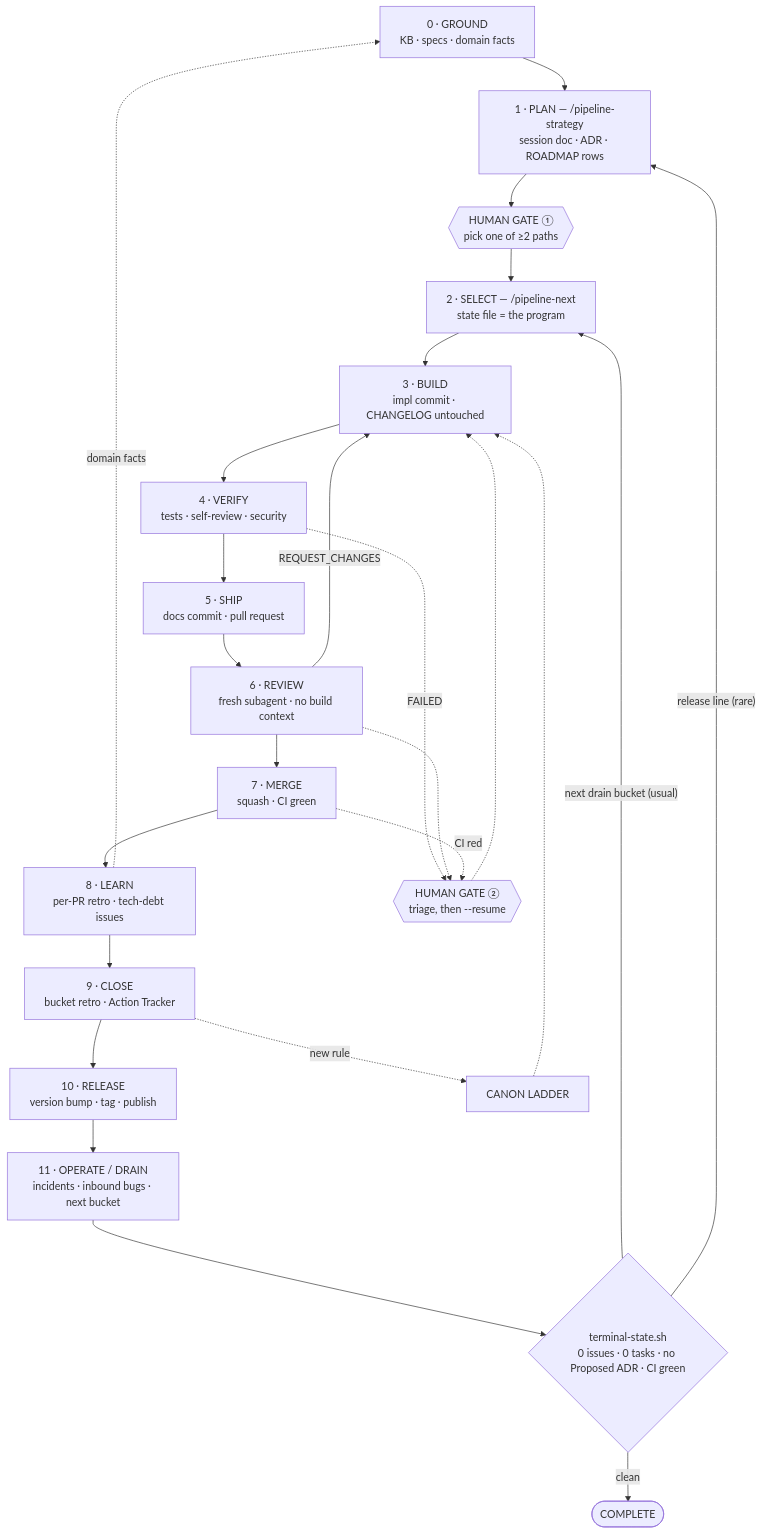
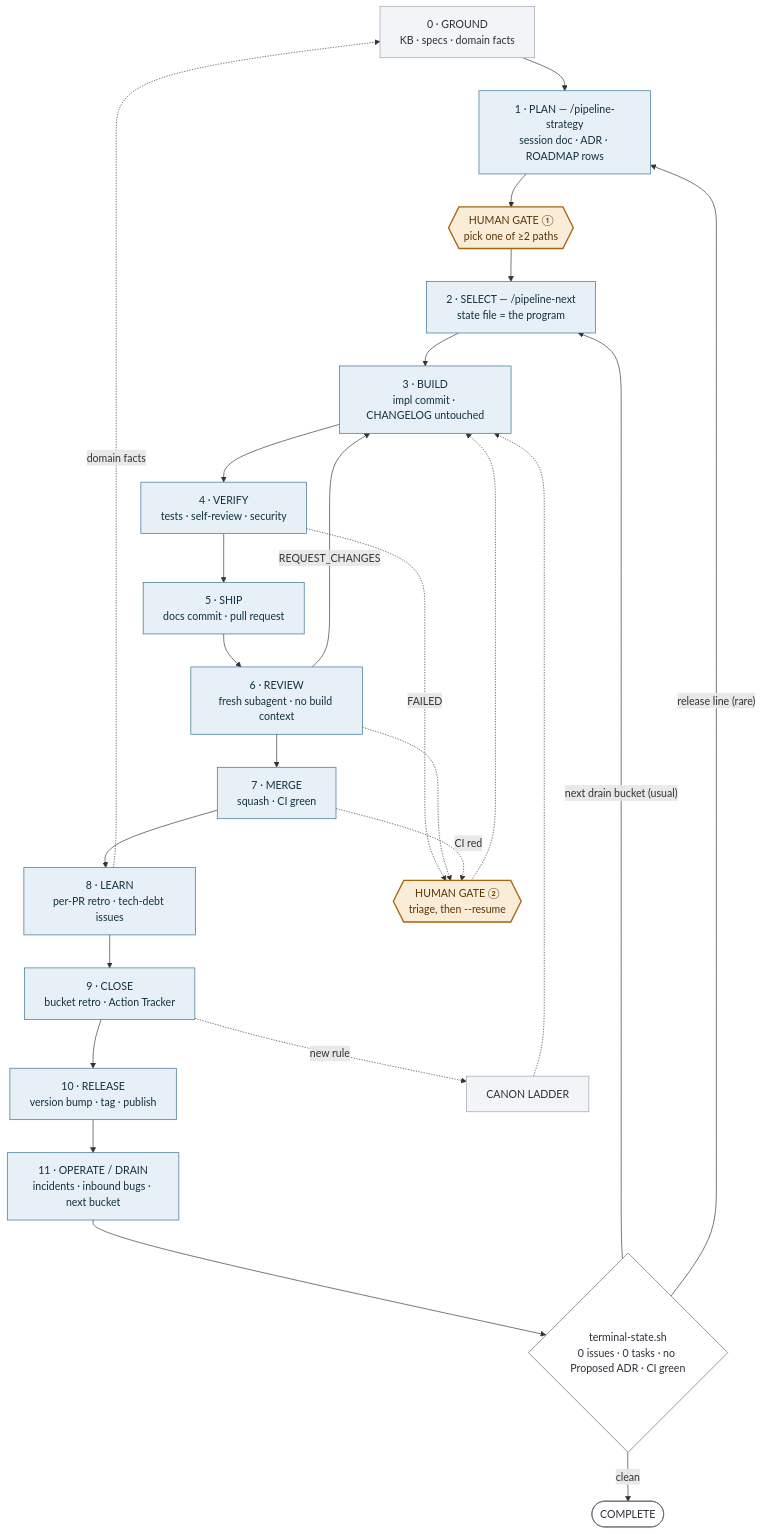
One commit to johnrtipton/pipeline-skills changed the first of 2 diagrams in docs/lifecycle-model.md. Above: the diagram before and after it, drawn with Mermaid. The commit also changed other lines of this file, not shown here.

First line of the commit message:
docs(lifecycle): restore the machine-vs-human colour encoding in both diagrams

````diff
--- a/docs/lifecycle-model.md
+++ b/docs/lifecycle-model.md
@@ -23,28 +23,37 @@
 ```mermaid
 flowchart TD
     KB["0 · GROUND<br/>KB · specs · domain facts"]
     KB --> P["1 · PLAN — /pipeline-strategy<br/>session doc · ADR · ROADMAP rows"]
     P --> G1{{"HUMAN GATE ①<br/>pick one of ≥2 paths"}}
     G1 --> S["2 · SELECT — /pipeline-next<br/>state file = the program"]
     S --> B["3 · BUILD<br/>impl commit · CHANGELOG untouched"]
     B --> V["4 · VERIFY<br/>tests · self-review · security"]
     V --> SH["5 · SHIP<br/>docs commit · pull request"]
     SH --> R["6 · REVIEW<br/>fresh subagent · no build context"]
     R -->|REQUEST_CHANGES| B
     R --> M["7 · MERGE<br/>squash · CI green"]
     M --> L["8 · LEARN<br/>per-PR retro · tech-debt issues"]
     L --> C["9 · CLOSE<br/>bucket retro · Action Tracker"]
     C --> REL["10 · RELEASE<br/>version bump · tag · publish"]
     REL --> O["11 · OPERATE / DRAIN<br/>incidents · inbound bugs · next bucket"]
     O --> T{"terminal-state.sh<br/>0 issues · 0 tasks · no Proposed ADR · CI green"}
     T -->|"next drain bucket (usual)"| S
     T -->|"release line (rare)"| P
     T -->|clean| DONE(["COMPLETE"])
     V -.->|FAILED| G2{{"HUMAN GATE ②<br/>triage, then --resume"}}
     R -.-> G2
     M -.->|CI red| G2
     G2 -.-> B
     L -.->|domain facts| KB
     C -.->|new rule| CANON["CANON LADDER"]
     CANON -.-> B
+
+    classDef machine fill:#E7F0F6,stroke:#2F6E8F,stroke-width:1px,color:#12303F
+    classDef human fill:#FAEDD8,stroke:#A96209,stroke-width:2px,color:#5A3405
+    classDef ctx fill:#F2F4F7,stroke:#9AA4B2,stroke-width:1px,color:#2A303A
+    classDef term fill:#FFFFFF,stroke:#5A6472,stroke-width:1px,color:#2A303A
+    class P,S,B,V,SH,R,M,L,C,REL,O machine
+    class G1,G2 human
+    class KB,CANON ctx
+    class T,DONE term
 ```
````
